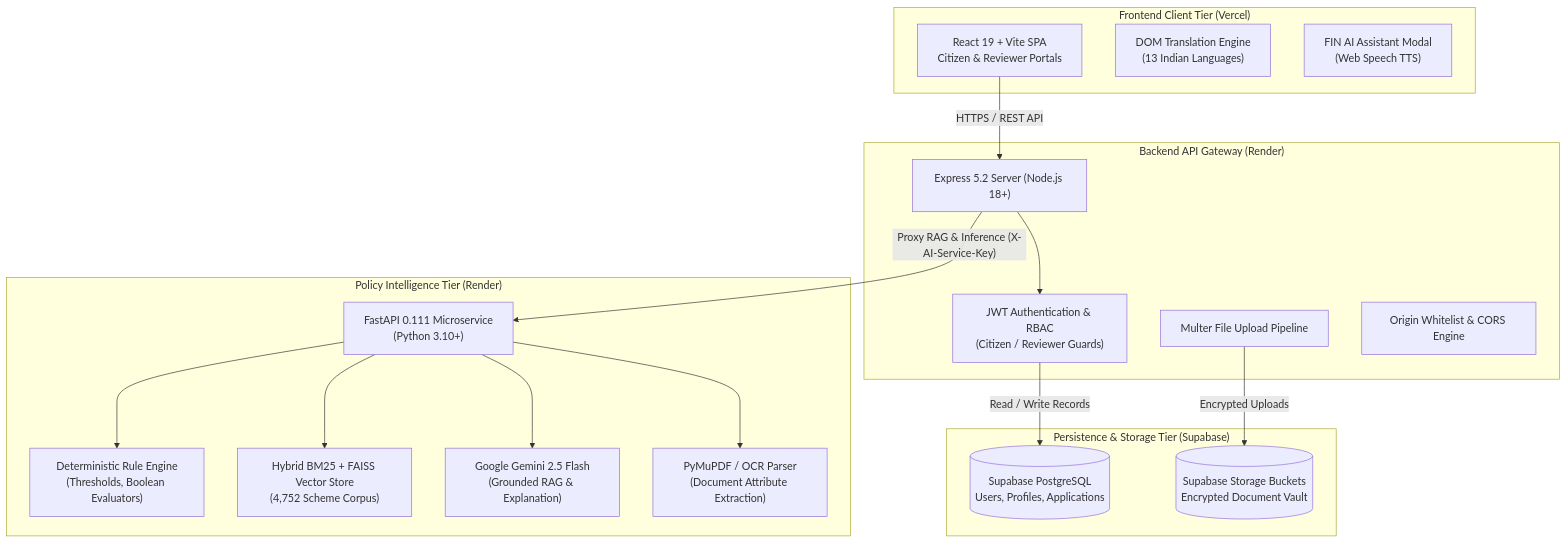
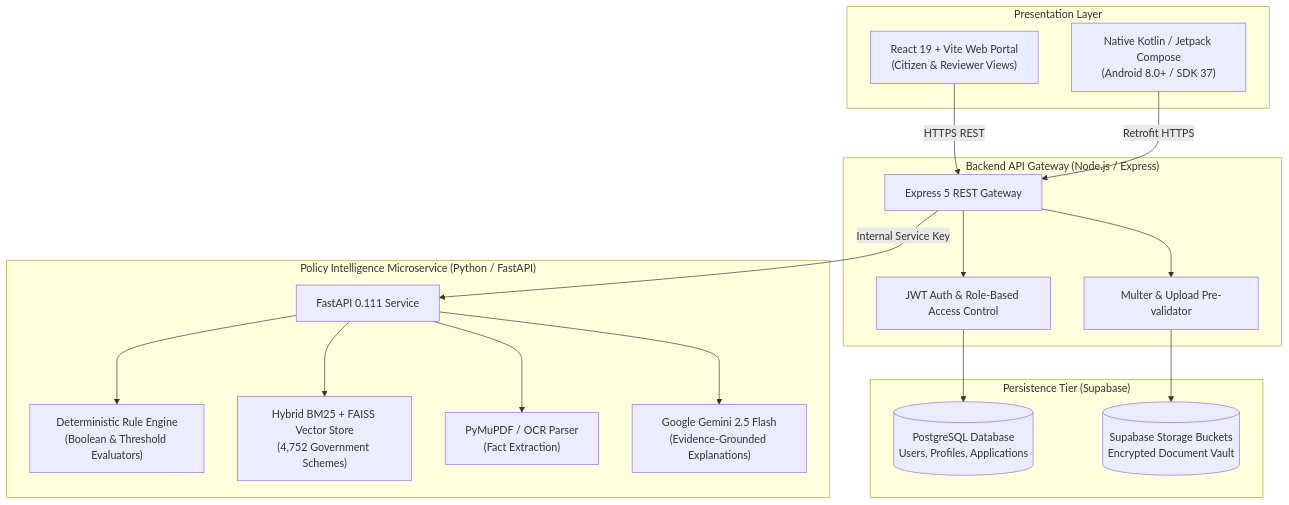
One commit to DhruvOzha85/PCCOE-HackMatrix changed the diagram in README.md. Above: the diagram before and after it, drawn with Mermaid. The commit also changed other lines of this file and 97 other files, not shown here.

````diff
--- a/README.md
+++ b/README.md
@@ -146,38 +89,38 @@
 ```mermaid
 flowchart TB
-    subgraph ClientLayer["Frontend Client Tier (Vercel)"]
-        UI["React 19 + Vite SPA\nCitizen & Reviewer Portals"]
-        i18n["DOM Translation Engine\n(13 Indian Languages)"]
-        ChatModal["FIN AI Assistant Modal\n(Web Speech TTS)"]
+    subgraph Clients["Presentation Layer"]
+        WebClient["React 19 + Vite Web Portal\n(Citizen & Reviewer Views)"]
+        MobileClient["Native Kotlin / Jetpack Compose\n(Android 8.0+ / SDK 37)"]
     end
 
-    subgraph GatewayLayer["Backend API Gateway (Render)"]
-        Express["Express 5.2 Server (Node.js 18+)"]
-        AuthMiddleware["JWT Authentication & RBAC\n(Citizen / Reviewer Guards)"]
-        Multer["Multer File Upload Pipeline"]
-        Cors["Origin Whitelist & CORS Engine"]
+    subgraph Gateway["Backend API Gateway (Node.js / Express)"]
+        API["Express 5 REST Gateway"]
+        Auth["JWT Auth & Role-Based Access Control"]
+        StorageEngine["Multer & Upload Pre-validator"]
     end
 
-    subgraph DataLayer["Persistence & Storage Tier (Supabase)"]
-        Postgres[(Supabase PostgreSQL\nUsers, Profiles, Applications)]
-        Storage[(Supabase Storage Buckets\nEncrypted Document Vault)]
+    subgraph DataTier["Persistence Tier (Supabase)"]
+        Postgres[(PostgreSQL Database\nUsers, Profiles, Applications)]
+        DocVault[(Supabase Storage Buckets\nEncrypted Document Vault)]
     end
 
-    subgraph IntelligenceLayer["Policy Intelligence Tier (Render)"]
-        FastAPI["FastAPI 0.111 Microservice\n(Python 3.10+)"]
-        RuleEngine["Deterministic Rule Engine\n(Thresholds, Boolean Evaluators)"]
-        Retriever["Hybrid BM25 + FAISS Vector Store\n(4,752 Scheme Corpus)"]
-        LLM["Google Gemini 2.5 Flash\n(Grounded RAG & Explanation)"]
-        DocParser["PyMuPDF / OCR Parser\n(Document Attribute Extraction)"]
+    subgraph IntelligenceTier["Policy Intelligence Microservice (Python / FastAPI)"]
+        FastAPIApp["FastAPI 0.111 Service"]
+        RuleEngine["Deterministic Rule Engine\n(Boolean & Threshold Evaluators)"]
+        VectorStore["Hybrid BM25 + FAISS Vector Store\n(4,752 Government Schemes)"]
+        OCR["PyMuPDF / OCR Parser\n(Fact Extraction)"]
+        LLM["Google Gemini 2.5 Flash\n(Evidence-Grounded Explanations)"]
     end
 
-    UI -->|"HTTPS / REST API"| Express
-    Express --> AuthMiddleware
-    AuthMiddleware -->|"Read / Write Records"| Postgres
-    Multer -->|"Encrypted Uploads"| Storage
-    Express -->|"Proxy RAG & Inference (X-AI-Service-Key)"| FastAPI
-    FastAPI --> RuleEngine
-    FastAPI --> Retriever
-    FastAPI --> DocParser
-    FastAPI --> LLM
+    WebClient -->|"HTTPS REST"| API
+    MobileClient -->|"Retrofit HTTPS"| API
+    API --> Auth
+    Auth --> Postgres
+    API --> StorageEngine
+    StorageEngine --> DocVault
+    API -->|"Internal Service Key"| FastAPIApp
+    FastAPIApp --> RuleEngine
+    FastAPIApp --> VectorStore
+    FastAPIApp --> OCR
+    FastAPIApp --> LLM
 ```
````
